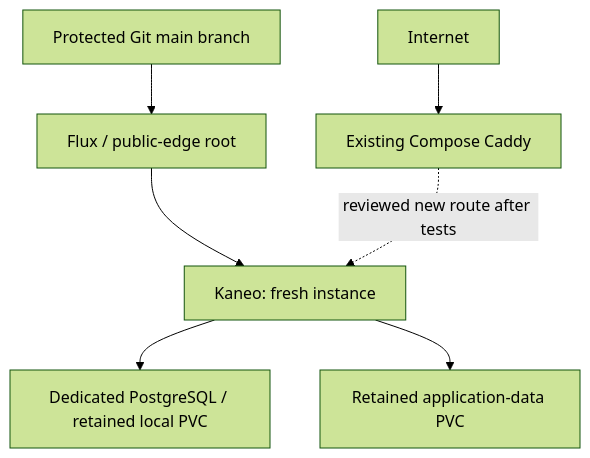
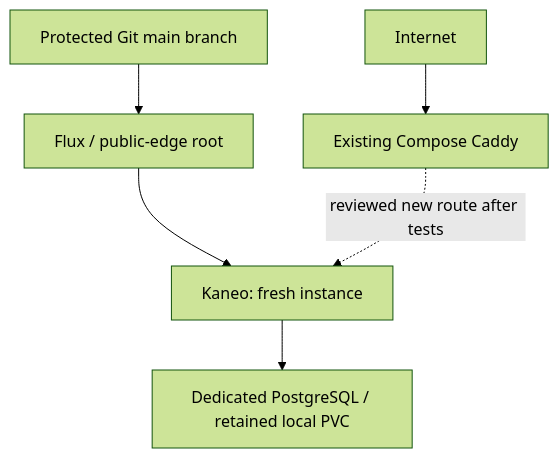
The diagram in docs/kubernetes/architecture.md (salehihassen/homelab-infra), drawn with Mermaid (forest theme) before and after one commit. The commit also changed other lines of this file and 15 other files, not shown here.

````diff
--- a/docs/kubernetes/architecture.md
+++ b/docs/kubernetes/architecture.md
@@ -26,9 +26,8 @@
 ```mermaid
 flowchart TD
   Git[Protected Git main branch] --> Flux[Flux / public-edge root]
   Flux --> K[Kaneo: fresh instance]
   K --> DB[Dedicated PostgreSQL / retained local PVC]
-  K --> Data[Retained application-data PVC]
   Internet --> C[Existing Compose Caddy]
   C -. reviewed new route after tests .-> K
 ```
````
